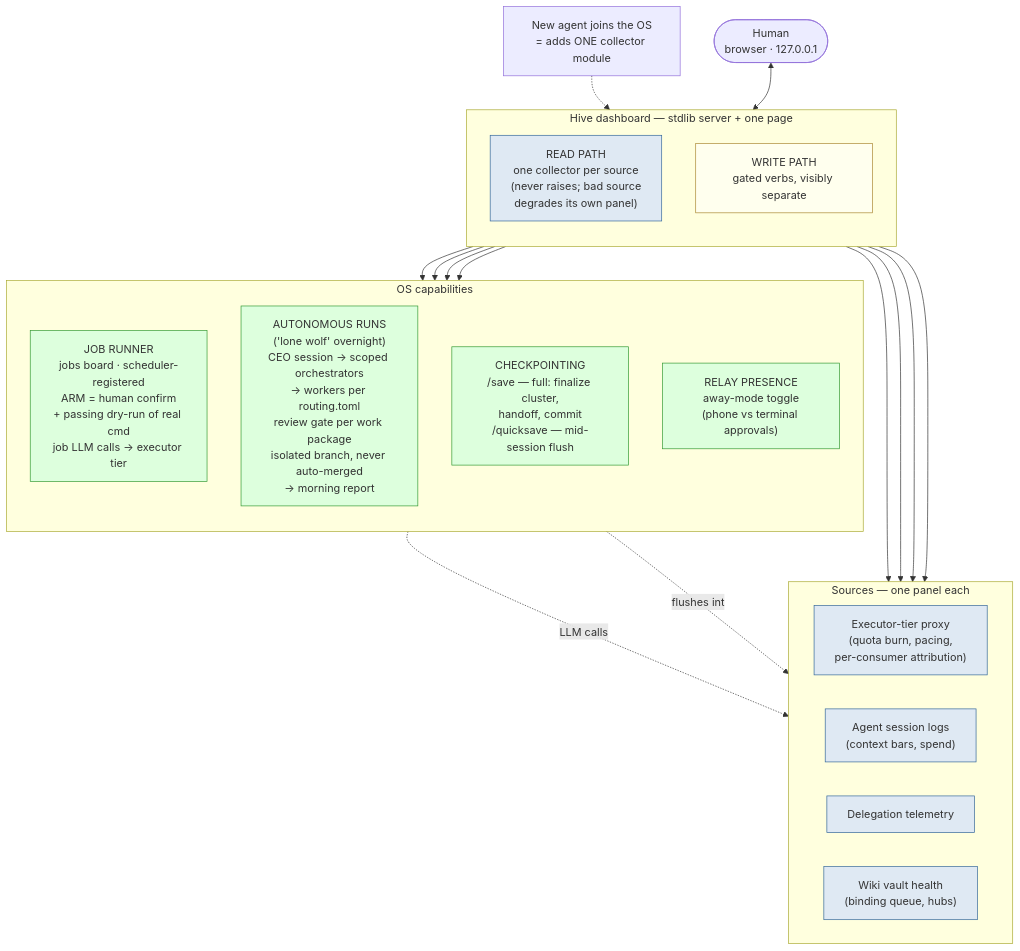
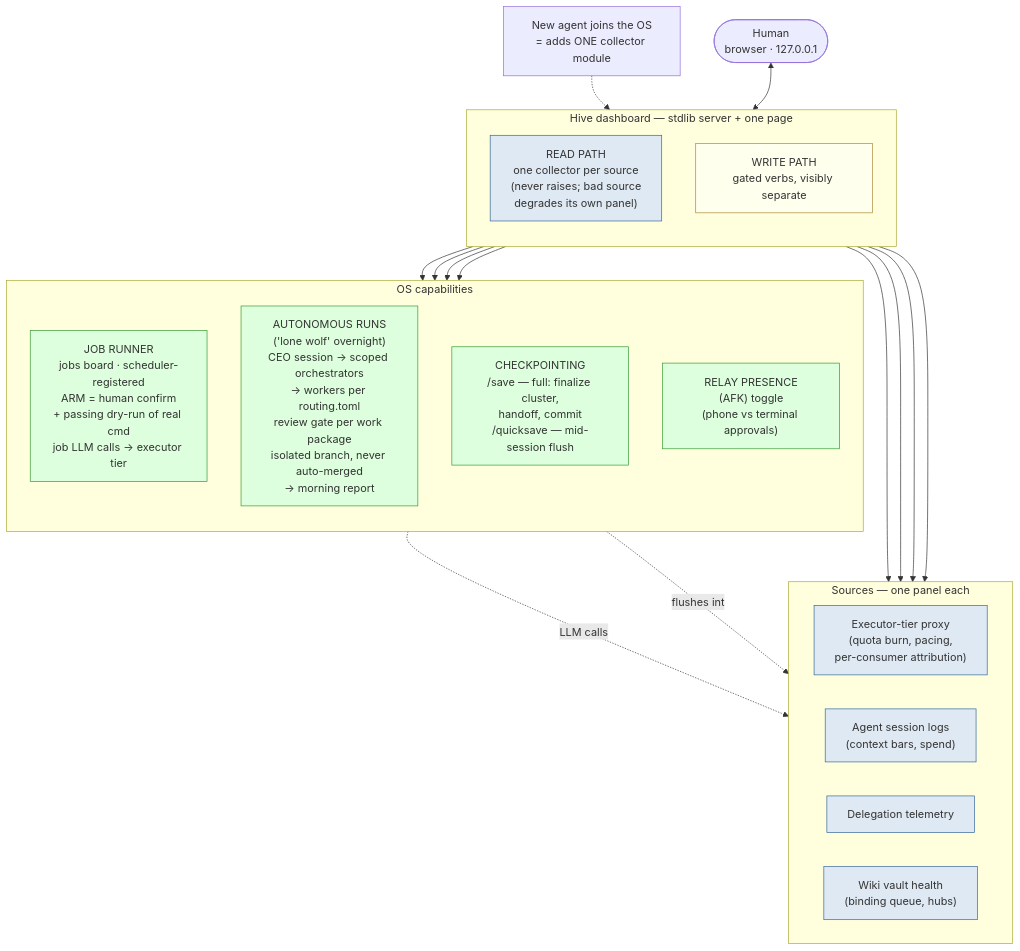
One commit to FRBio-maker/hive-mind-os changed the seventh of 8 diagrams in docs/INFRASTRUCTURE.md. Above: the diagram before and after it, drawn with Mermaid. The commit also changed other lines of this file and 56 other files, not shown here.

````diff
--- a/docs/INFRASTRUCTURE.md
+++ b/docs/INFRASTRUCTURE.md
@@ -394,50 +431,50 @@
 ```mermaid
 flowchart TB
     HUMAN([Human<br/>browser · 127.0.0.1])
 
     subgraph DASH[Hive dashboard — stdlib server + one page]
         direction TB
         READ["READ PATH<br/>one collector per source<br/>(never raises; bad source<br/>degrades its own panel)"]
         WRITE["WRITE PATH<br/>gated verbs, visibly separate"]
     end
 
     HUMAN <--> DASH
 
     subgraph SRC[Sources — one panel each]
         direction LR
         EXEC["Executor-tier proxy<br/>(quota burn, pacing,<br/>per-consumer attribution)"]
         SESS["Agent session logs<br/>(context bars, spend)"]
         TELEM["Delegation telemetry"]
         VAULT["Wiki vault health<br/>(binding queue, hubs)"]
     end
 
     READ --> EXEC
     READ --> SESS
     READ --> TELEM
     READ --> VAULT
 
     subgraph CAP[OS capabilities]
         direction TB
         JOBS["JOB RUNNER<br/>jobs board · scheduler-registered<br/>ARM = human confirm<br/>+ passing dry-run of real cmd<br/>job LLM calls → executor tier"]
         WOLF["AUTONOMOUS RUNS<br/>('lone wolf' overnight)<br/>CEO session → scoped orchestrators<br/>→ workers per routing.toml<br/>review gate per work package<br/>isolated branch, never auto-merged<br/>→ morning report"]
         CKPT["CHECKPOINTING<br/>/save — full: finalize cluster,<br/>handoff, commit<br/>/quicksave — mid-session flush"]
-        AWAY["RELAY PRESENCE<br/>away-mode toggle<br/>(phone vs terminal approvals)"]
+        AWAY["RELAY PRESENCE<br/>(AFK) toggle<br/>(phone vs terminal approvals)"]
     end
 
     WRITE --> JOBS
     WRITE --> WOLF
     WRITE --> AWAY
     READ --> CAP
 
     JOBS -.LLM calls.-> EXEC
     CKPT -.flushes into.-> VAULT
 
     NEWAGENT["New agent joins the OS<br/>= adds ONE collector module"] -.-> READ
 
     classDef read fill:#dfe9f3,stroke:#369
     classDef write fill:#ffe,stroke:#a83
     classDef cap fill:#dfd,stroke:#393
     class READ,EXEC,SESS,TELEM,VAULT read
     class WRITE write
     class JOBS,WOLF,CKPT,AWAY cap
 ```
````
